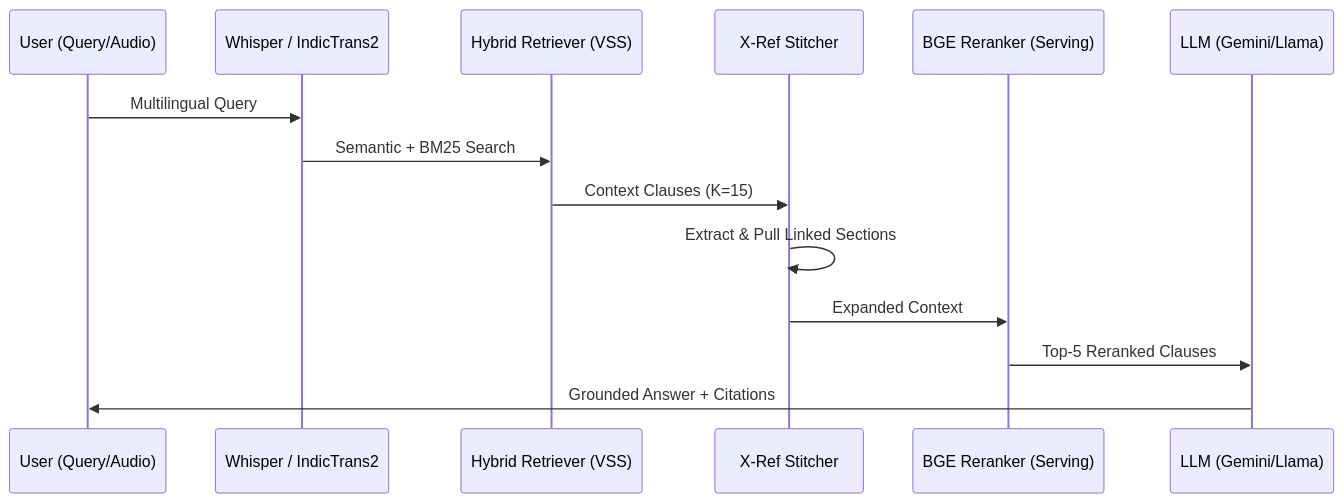
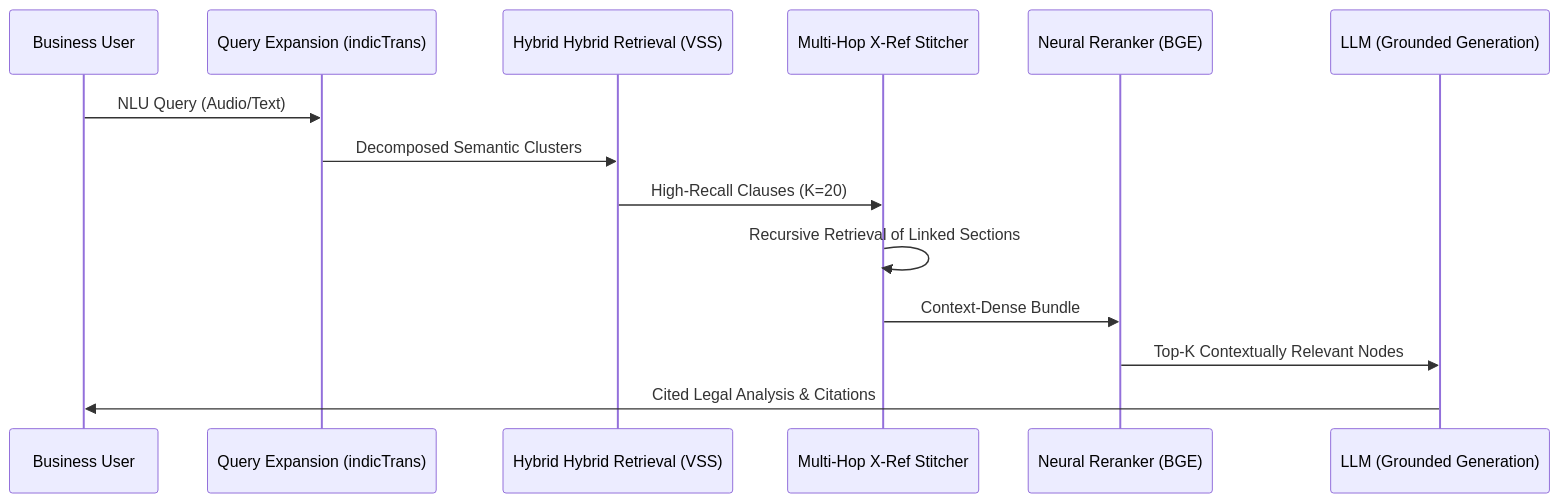
The second of 2 diagrams in README.md (hardikhazari/ArthaNeeti), drawn with Mermaid before and after one commit. The commit also changed other lines of this file, not shown here.

````diff
--- a/README.md
+++ b/README.md
@@ -86,17 +87,17 @@
 ```mermaid
 sequenceDiagram
-    participant U as User (Query/Audio)
-    participant W as Whisper / IndicTrans2
-    participant R as Hybrid Retriever (VSS)
-    participant S as X-Ref Stitcher
-    participant K as BGE Reranker (Serving)
-    participant L as LLM (Gemini/Llama)
+    participant U as Business User
+    participant Q as Query Expansion (indicTrans)
+    participant R as Hybrid Hybrid Retrieval (VSS)
+    participant S as Multi-Hop X-Ref Stitcher
+    participant K as Neural Reranker (BGE)
+    participant L as LLM (Grounded Generation)
 
-    U->>W: Multilingual Query
-    W->>R: Semantic + BM25 Search
-    R->>S: Context Clauses (K=15)
-    S->>S: Extract & Pull Linked Sections
-    S->>K: Expanded Context
-    K->>L: Top-5 Reranked Clauses
-    L->>U: Grounded Answer + Citations
+    U->>Q: NLU Query (Audio/Text)
+    Q->>R: Decomposed Semantic Clusters
+    R->>S: High-Recall Clauses (K=20)
+    S->>S: Recursive Retrieval of Linked Sections
+    S->>K: Context-Dense Bundle
+    K->>L: Top-K Contextually Relevant Nodes
+    L->>U: Cited Legal Analysis & Citations
 ```
````
